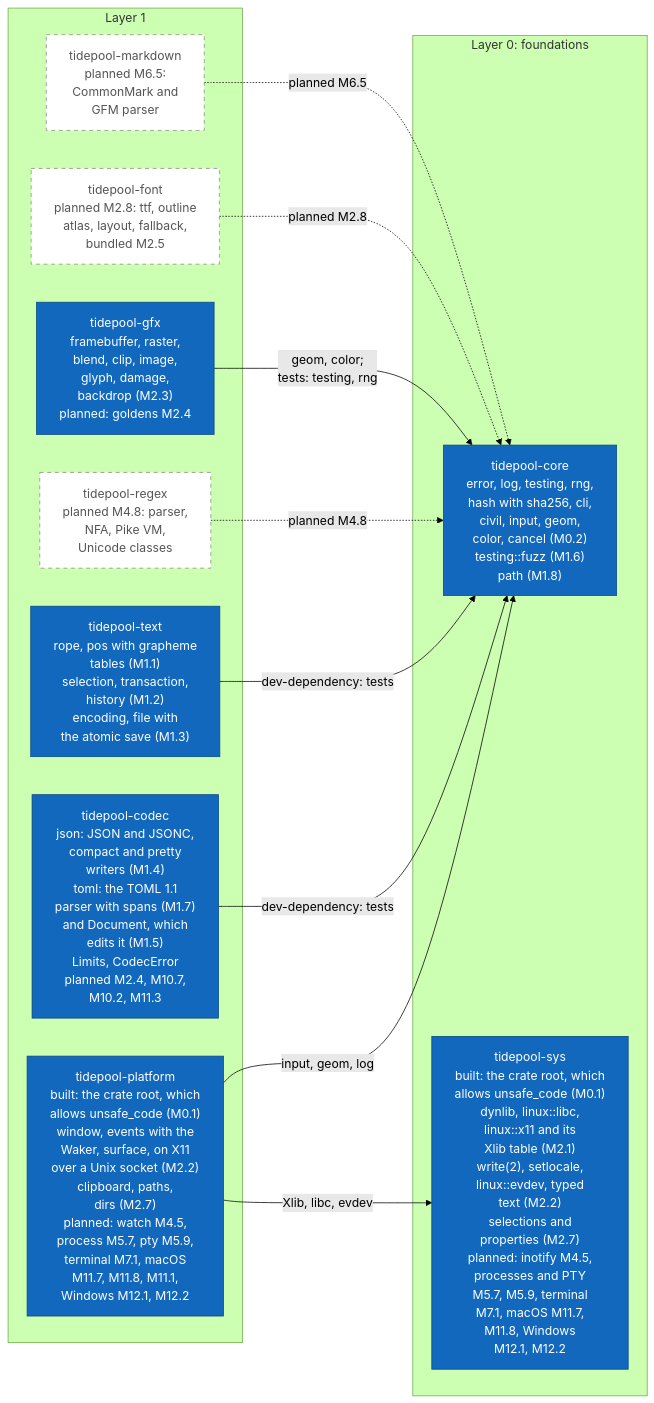
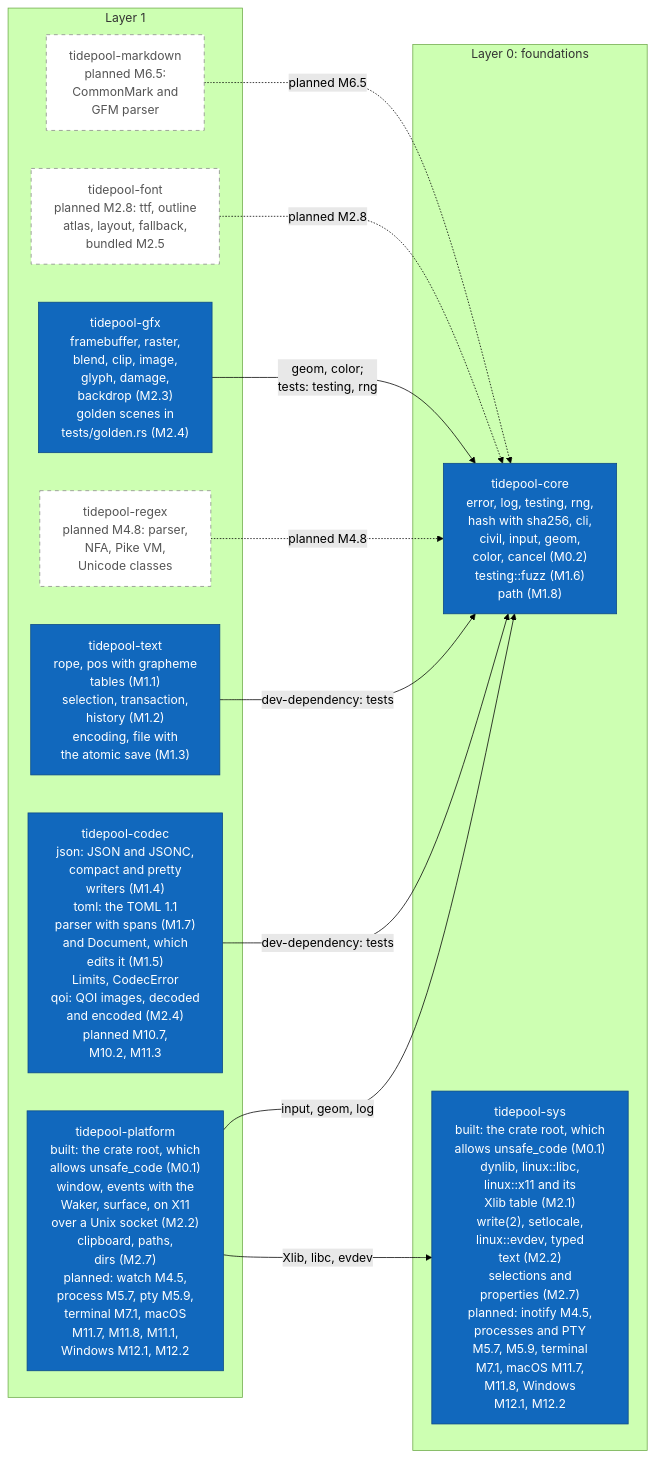
The sixth of 17 diagrams in diagrams/c4-architecture.md (jabbott-iii/Tidepool), drawn with Mermaid (forest theme) before and after one commit. The commit also changed other lines of this file and 67 other files, not shown here.

First line of the commit message:
codec, gfx, xtask: QOI, the golden harness and gfx goldens (M2.4)

````diff
--- a/diagrams/c4-architecture.md
+++ b/diagrams/c4-architecture.md
@@ -295,30 +304,30 @@
 ```mermaid
 flowchart LR
     subgraph L1["Layer 1"]
         k_platform["tidepool-platform<br/>built: the crate root, which<br/>allows unsafe_code (M0.1)<br/>window, events with the<br/>Waker, surface, on X11<br/>over a Unix socket (M2.2)<br/>clipboard, paths,<br/>dirs (M2.7)<br/>planned: watch M4.5,<br/>process M5.7, pty M5.9,<br/>terminal M7.1, macOS<br/>M11.7, M11.8, M11.1,<br/>Windows M12.1, M12.2"]
-        k_codec["tidepool-codec<br/>json: JSON and JSONC,<br/>compact and pretty<br/>writers (M1.4)<br/>toml: the TOML 1.1<br/>parser with spans (M1.7)<br/>and Document, which<br/>edits it (M1.5)<br/>Limits, CodecError<br/>planned M2.4, M10.7,<br/>M10.2, M11.3"]
+        k_codec["tidepool-codec<br/>json: JSON and JSONC,<br/>compact and pretty<br/>writers (M1.4)<br/>toml: the TOML 1.1<br/>parser with spans (M1.7)<br/>and Document, which<br/>edits it (M1.5)<br/>Limits, CodecError<br/>qoi: QOI images, decoded<br/>and encoded (M2.4)<br/>planned M10.7,<br/>M10.2, M11.3"]
         k_text["tidepool-text<br/>rope, pos with grapheme<br/>tables (M1.1)<br/>selection, transaction,<br/>history (M1.2)<br/>encoding, file with<br/>the atomic save (M1.3)"]
         k_regex["tidepool-regex<br/>planned M4.8: parser,<br/>NFA, Pike VM,<br/>Unicode classes"]
-        k_gfx["tidepool-gfx<br/>framebuffer, raster,<br/>blend, clip, image,<br/>glyph, damage,<br/>backdrop (M2.3)<br/>planned: goldens M2.4"]
+        k_gfx["tidepool-gfx<br/>framebuffer, raster,<br/>blend, clip, image,<br/>glyph, damage,<br/>backdrop (M2.3)<br/>golden scenes in<br/>tests/golden.rs (M2.4)"]
         k_font["tidepool-font<br/>planned M2.8: ttf, outline<br/>atlas, layout, fallback,<br/>bundled M2.5"]
         k_markdown["tidepool-markdown<br/>planned M6.5:<br/>CommonMark and<br/>GFM parser"]
     end
     subgraph L0["Layer 0: foundations"]
         k_core["tidepool-core<br/>error, log, testing, rng,<br/>hash with sha256, cli,<br/>civil, input, geom,<br/>color, cancel (M0.2)<br/>testing::fuzz (M1.6)<br/>path (M1.8)"]
         k_sys["tidepool-sys<br/>built: the crate root, which<br/>allows unsafe_code (M0.1)<br/>dynlib, linux::libc,<br/>linux::x11 and its<br/>Xlib table (M2.1)<br/>write(2), setlocale,<br/>linux::evdev, typed<br/>text (M2.2)<br/>selections and<br/>properties (M2.7)<br/>planned: inotify M4.5,<br/>processes and PTY<br/>M5.7, M5.9, terminal<br/>M7.1, macOS M11.7,<br/>M11.8, Windows<br/>M12.1, M12.2"]
     end
 
     k_platform -->|"input, geom, log"| k_core
     k_platform -->|"Xlib, libc, evdev"| k_sys
     k_codec -->|"dev-dependency: tests"| k_core
     k_text -->|"dev-dependency: tests"| k_core
     k_regex -.->|"planned M4.8"| k_core
     k_gfx -->|"geom, color;<br/>tests: testing, rng"| k_core
     k_font -.->|"planned M2.8"| k_core
     k_markdown -.->|"planned M6.5"| k_core
 
     classDef built fill:#1168bd,stroke:#0b4884,color:#ffffff
     classDef planned fill:#ffffff,stroke:#888888,stroke-dasharray: 5 5,color:#555555
     class k_platform,k_codec,k_text,k_gfx,k_core,k_sys built
     class k_regex,k_font,k_markdown planned
 ```
````
